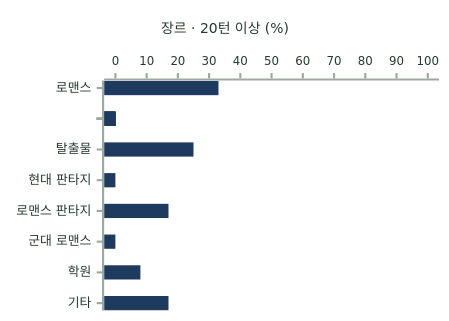
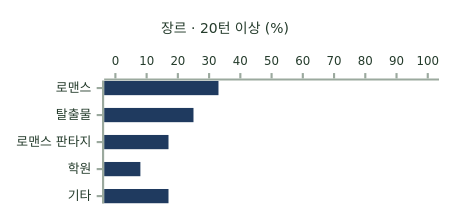
One commit to KIM-N-KANG/knk-harness changed diagram 16 of 16 in docs/AI/CHAT/6-4-AI-EVALUATION-METHOD.md. Above: the diagram before and after it, drawn with Mermaid. The commit also changed other lines of this file, not shown here.

````diff
--- a/docs/AI/CHAT/6-4-AI-EVALUATION-METHOD.md
+++ b/docs/AI/CHAT/6-4-AI-EVALUATION-METHOD.md
@@ -257,8 +257,8 @@
 ```mermaid
-%%{init: {"theme": "base", "xyChart": {"width": 400, "height": 280, "titleFontSize": 13, "xAxis": {"labelFontSize": 12}, "yAxis": {"labelFontSize": 11, "showTitle": false}}, "themeVariables": {"xyChart": {"backgroundColor": "#FFFFFF", "titleColor": "#253C2C", "xAxisLabelColor": "#253C2C", "xAxisLineColor": "#9BA99E", "xAxisTickColor": "#9BA99E", "yAxisLabelColor": "#253C2C", "yAxisLineColor": "#9BA99E", "yAxisTickColor": "#9BA99E", "plotColorPalette": "#1F3A5F"}}}}%%
+%%{init: {"theme": "base", "xyChart": {"width": 400, "height": 180, "titleFontSize": 13, "xAxis": {"labelFontSize": 12}, "yAxis": {"labelFontSize": 11, "showTitle": false}}, "themeVariables": {"xyChart": {"backgroundColor": "#FFFFFF", "titleColor": "#253C2C", "xAxisLabelColor": "#253C2C", "xAxisLineColor": "#9BA99E", "xAxisTickColor": "#9BA99E", "yAxisLabelColor": "#253C2C", "yAxisLineColor": "#9BA99E", "yAxisTickColor": "#9BA99E", "plotColorPalette": "#1F3A5F"}}}}%%
 xychart-beta horizontal
     title "장르 · 20턴 이상 (%)"
-    x-axis ["로맨스", " ", "탈출물", "  ", "현대 판타지", "   ", "로맨스 판타지", "    ", "군대 로맨스", "     ", "학원", "      ", "기타"]
+    x-axis ["로맨스", "탈출물", "로맨스 판타지", "학원", "기타"]
     y-axis 0 --> 100
-    bar [33, 0, 25, 0, 0, 0, 17, 0, 0, 0, 8, 0, 17]
+    bar [33, 25, 17, 8, 17]
 ```
````
